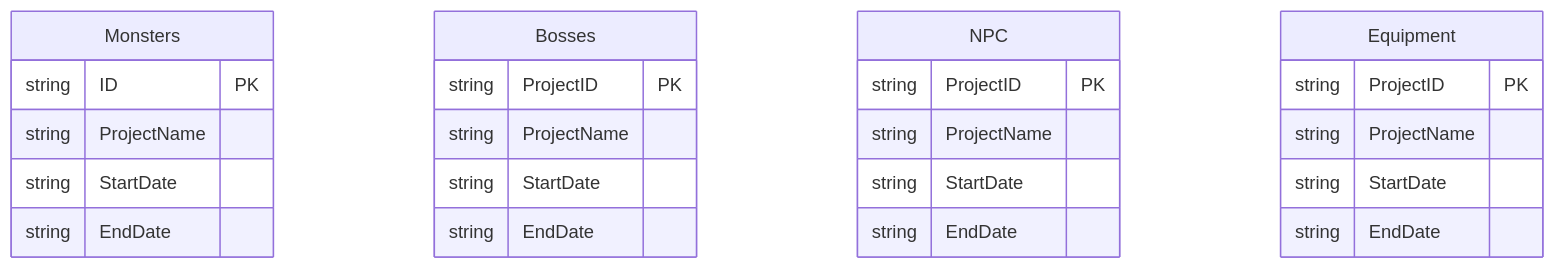
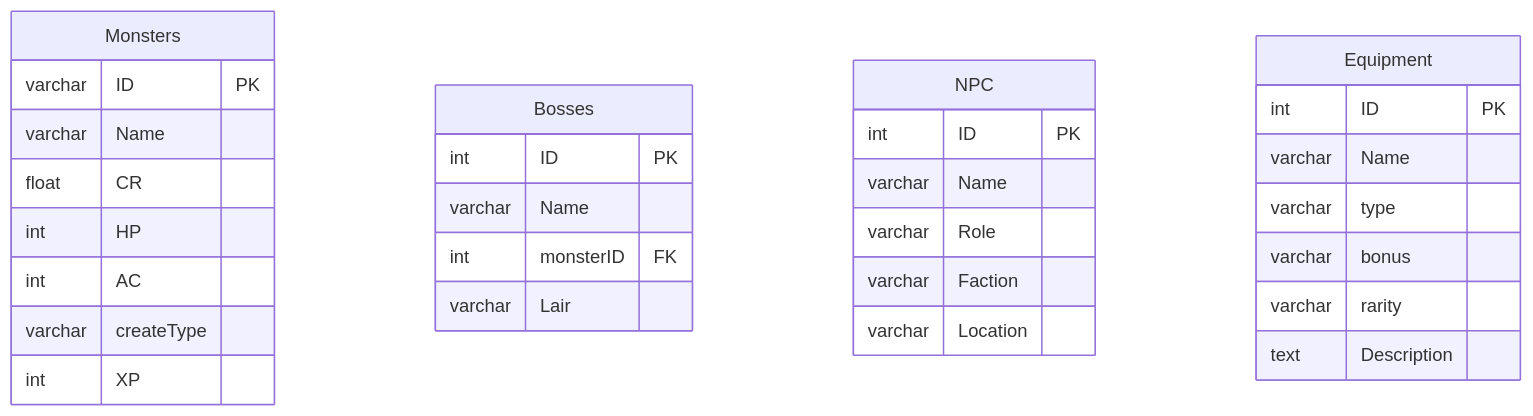
One commit to mszeihen/DatabaseProject-5725 changed the second of 3 diagrams in Entities.qmd. Above: the diagram before and after it, drawn with Mermaid. The commit also changed other lines of this file, not shown here.

Commit message:
updated entities with attributes

````diff
--- a/Entities.qmd
+++ b/Entities.qmd
@@ -56,27 +56,33 @@
 ```{mermaid}
 erDiagram
     Monsters{
-        string ID PK
-        string ProjectName
-        string StartDate
-        string EndDate
+        varchar ID PK
+        varchar Name
+        float CR
+        int HP
+        int AC
+        varchar createType
+        int XP
     }
     Bosses{
-        string ProjectID PK
-        string ProjectName
-        string StartDate
-        string EndDate
+        int ID PK
+        varchar Name
+        int monsterID FK
+        varchar Lair
     }
     NPC{
-        string ProjectID PK
-        string ProjectName
-        string StartDate
-        string EndDate
+        int ID PK
+        varchar Name
+        varchar Role
+        varchar Faction
+        varchar Location
     }
     Equipment{
-        string ProjectID PK
-        string ProjectName
-        string StartDate
-        string EndDate
+        int ID PK
+        varchar Name
+        varchar type
+        varchar bonus
+        varchar rarity
+        text    Description
     }
 ```
````
